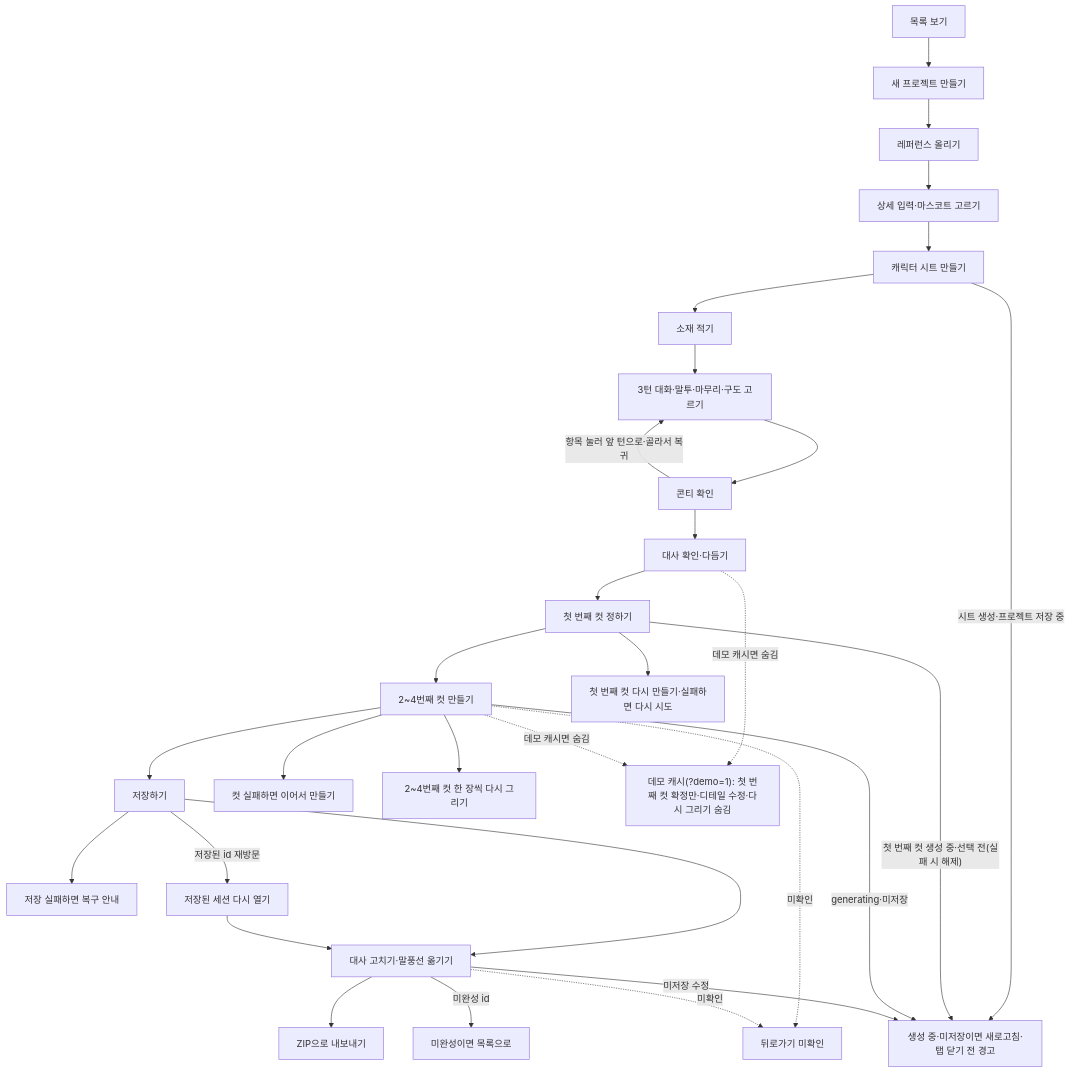
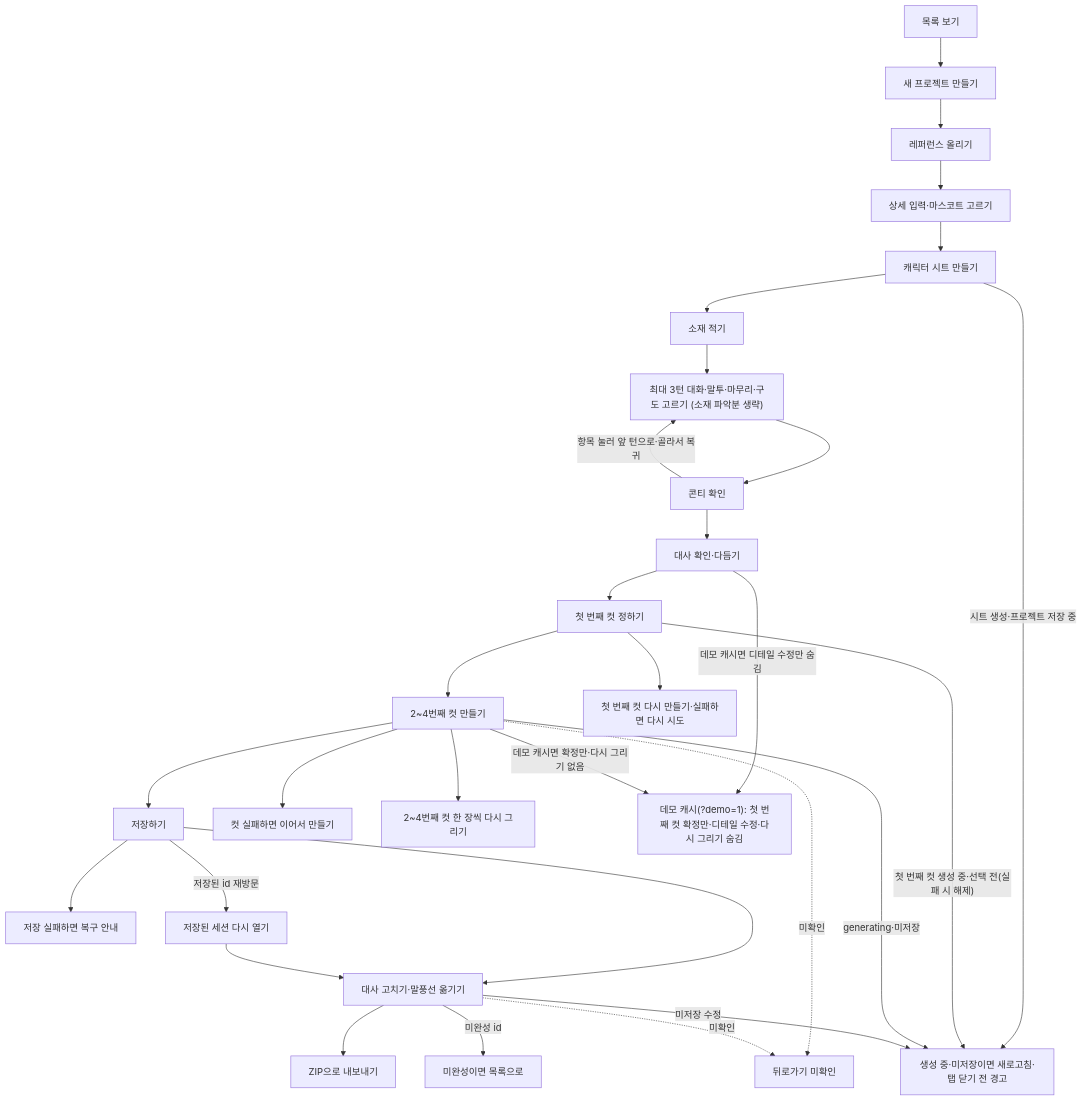
The first of 3 diagrams in docs/flows.md (chictimin/cuttoon-copilot), drawn with Mermaid before and after one commit. The commit also changed other lines of this file, not shown here.

Commit message:
docs(flows): PR #357 검토 4건 반영 — 일반/캐시 배타 분기·선택기록 예외·최대 3턴·컷별 loop

````diff
--- a/docs/flows.md
+++ b/docs/flows.md
@@ -12,43 +12,43 @@
 ```mermaid
 flowchart TD
   F1["목록 보기"]
   F2["새 프로젝트 만들기"]
   F3["레퍼런스 올리기"]
   F4["상세 입력·마스코트 고르기"]
   F5["캐릭터 시트 만들기"]
   F6["소재 적기"]
-  F7["3턴 대화·말투·마무리·구도 고르기"]
+   F7["최대 3턴 대화·말투·마무리·구도 고르기 (소재 파악분 생략)"]
   F7a["콘티 확인"]
   F7b["대사 확인·다듬기"]
   F8["첫 번째 컷 정하기"]
   F9["2~4번째 컷 만들기"]
   F10["저장하기"]
   F11["대사 고치기·말풍선 옮기기"]
   F12["ZIP으로 내보내기"]
   B1["첫 번째 컷 다시 만들기·실패하면 다시 시도"]
   B2["컷 실패하면 이어서 만들기"]
   B3["저장 실패하면 복구 안내"]
   B4["저장된 세션 다시 열기"]
   B5["미완성이면 목록으로"]
   B6["생성 중·미저장이면 새로고침·탭 닫기 전 경고"]
   B7["뒤로가기 미확인"]
   B8["2~4번째 컷 한 장씩 다시 그리기"]
   D1["데모 캐시(?demo=1): 첫 번째 컷 확정만·디테일 수정·다시 그리기 숨김"]
 
   F1 --> F2 --> F3 --> F4 --> F5 --> F6 --> F7 --> F7a --> F7b --> F8 --> F9 --> F10 --> F11 --> F12
   F7a -- "항목 눌러 앞 턴으로·골라서 복귀" --> F7
   F8 --> B1
   F9 --> B2
   F9 --> B8
   F10 --> B3
   F10 -- "저장된 id 재방문" --> B4 --> F11
   F11 -- "미완성 id" --> B5
   F5 -- "시트 생성·프로젝트 저장 중" --> B6
   F8 -- "첫 번째 컷 생성 중·선택 전(실패 시 해제)" --> B6
   F9 -- "generating·미저장" --> B6
   F11 -- "미저장 수정" --> B6
-  F7b -. "데모 캐시면 숨김" .-> D1
-  F9 -. "데모 캐시면 숨김" .-> D1
+   F7b -- "데모 캐시면 디테일 수정만 숨김" --> D1
+  F9 -- "데모 캐시면 확정만·다시 그리기 없음" --> D1
   F9 -. "미확인" .-> B7
   F11 -. "미확인" .-> B7
 ```
````
